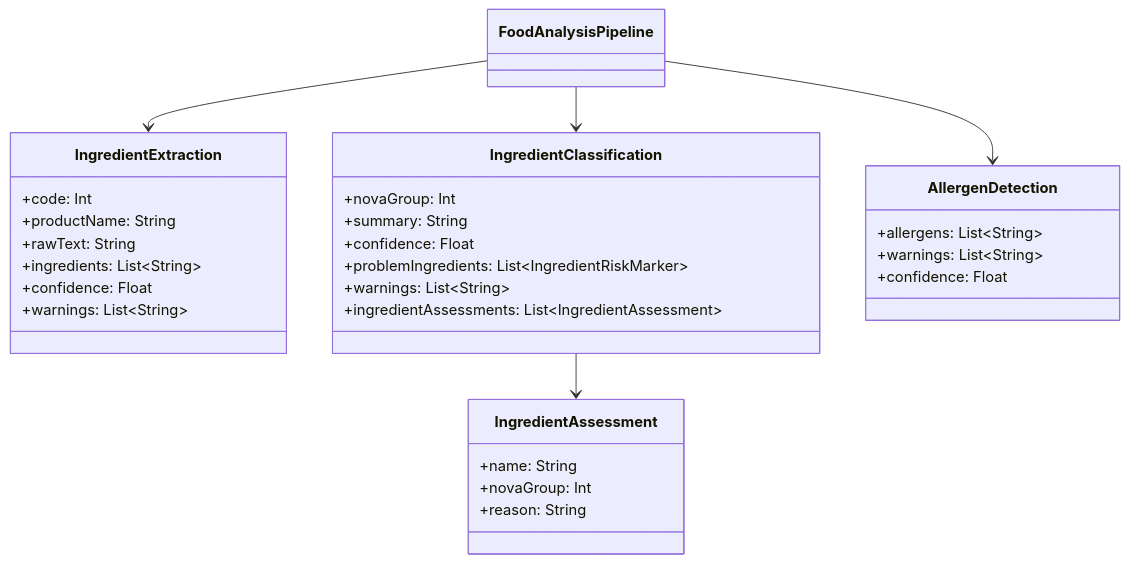
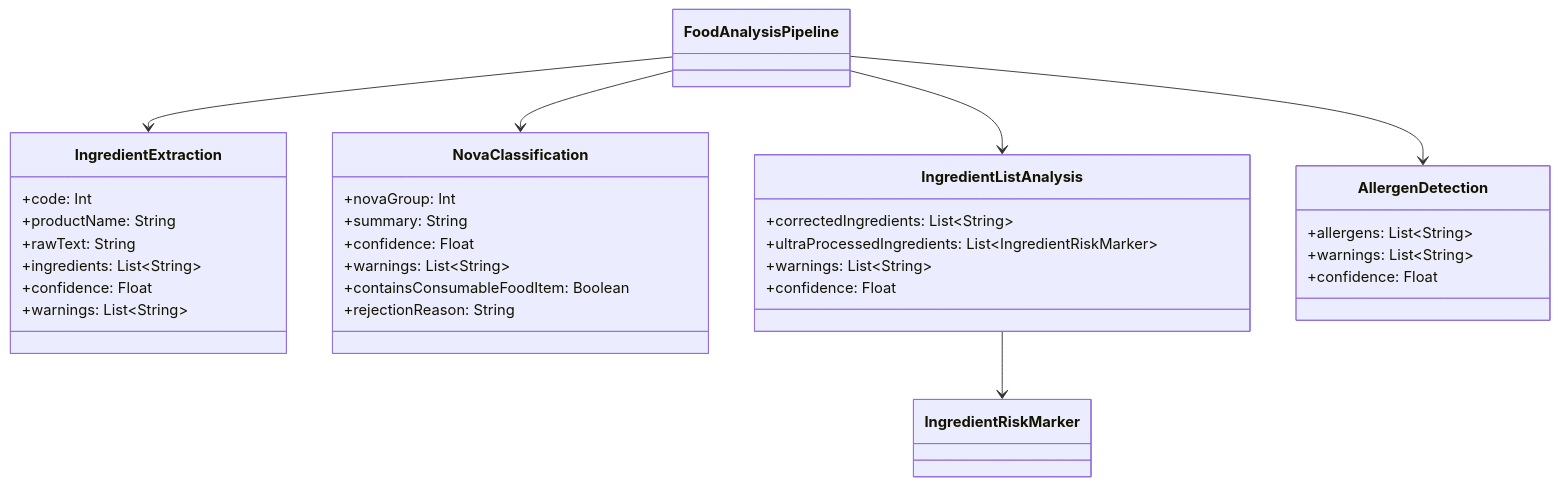
Before and after one commit to benevolentbandwidth/ultraprocessed: the second of 3 diagrams in documentation/04-classification-analysis.md, drawn with Mermaid. The commit also changed other lines of this file and 19 other files, not shown here.

````diff
--- a/documentation/04-classification-analysis.md
+++ b/documentation/04-classification-analysis.md
@@ -117,33 +157,35 @@
 ```mermaid
 classDiagram
     class IngredientExtraction {
         +code: Int
         +productName: String
         +rawText: String
         +ingredients: List~String~
         +confidence: Float
         +warnings: List~String~
     }
-    class IngredientClassification {
+    class NovaClassification {
         +novaGroup: Int
         +summary: String
         +confidence: Float
-        +problemIngredients: List~IngredientRiskMarker~
         +warnings: List~String~
-        +ingredientAssessments: List~IngredientAssessment~
+        +containsConsumableFoodItem: Boolean
+        +rejectionReason: String
     }
-    class IngredientAssessment {
-        +name: String
-        +novaGroup: Int
-        +reason: String
+    class IngredientListAnalysis {
+        +correctedIngredients: List~String~
+        +ultraProcessedIngredients: List~IngredientRiskMarker~
+        +warnings: List~String~
+        +confidence: Float
     }
     class AllergenDetection {
         +allergens: List~String~
         +warnings: List~String~
         +confidence: Float
     }
-    IngredientClassification --> IngredientAssessment
+    IngredientListAnalysis --> IngredientRiskMarker
     FoodAnalysisPipeline --> IngredientExtraction
-    FoodAnalysisPipeline --> IngredientClassification
+    FoodAnalysisPipeline --> NovaClassification
+    FoodAnalysisPipeline --> IngredientListAnalysis
     FoodAnalysisPipeline --> AllergenDetection
 ```
````
